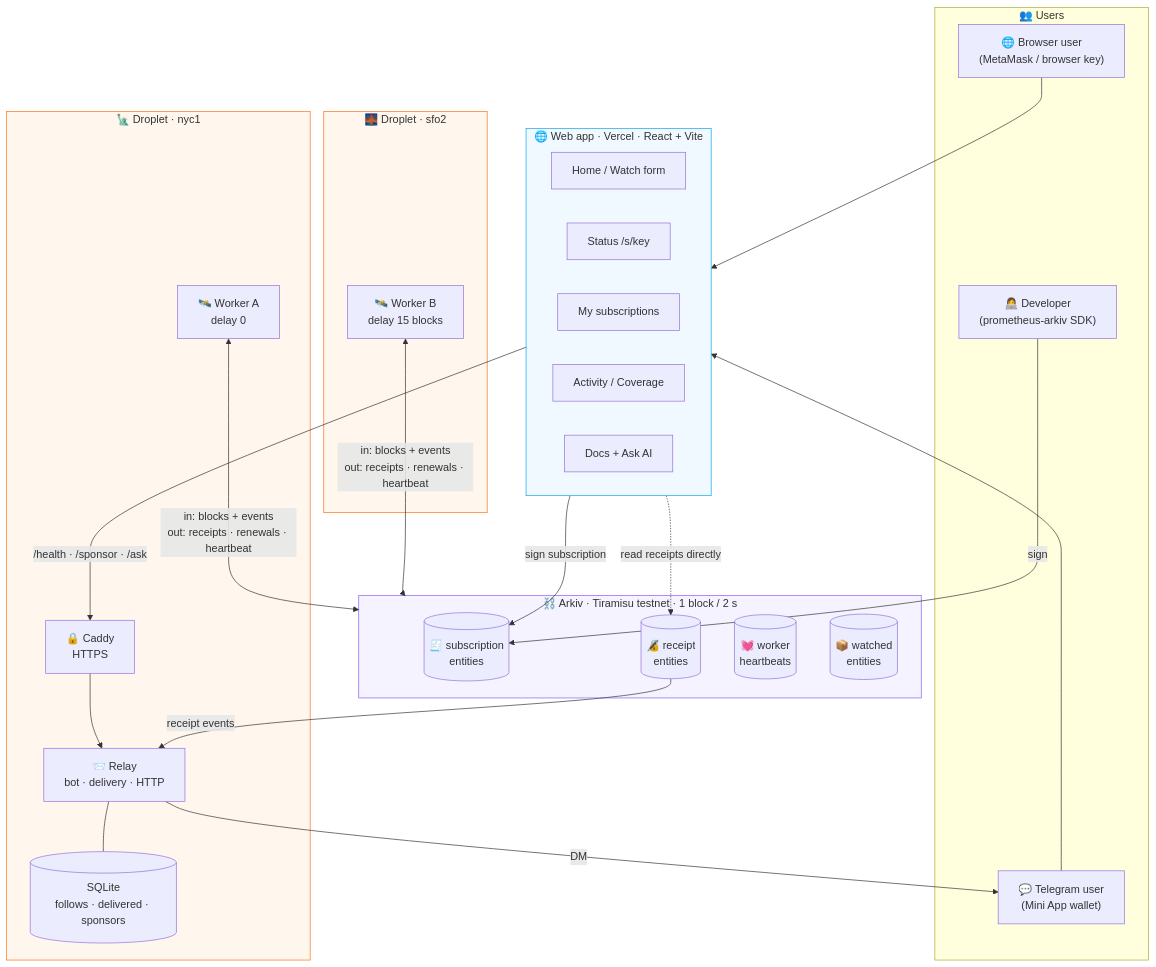
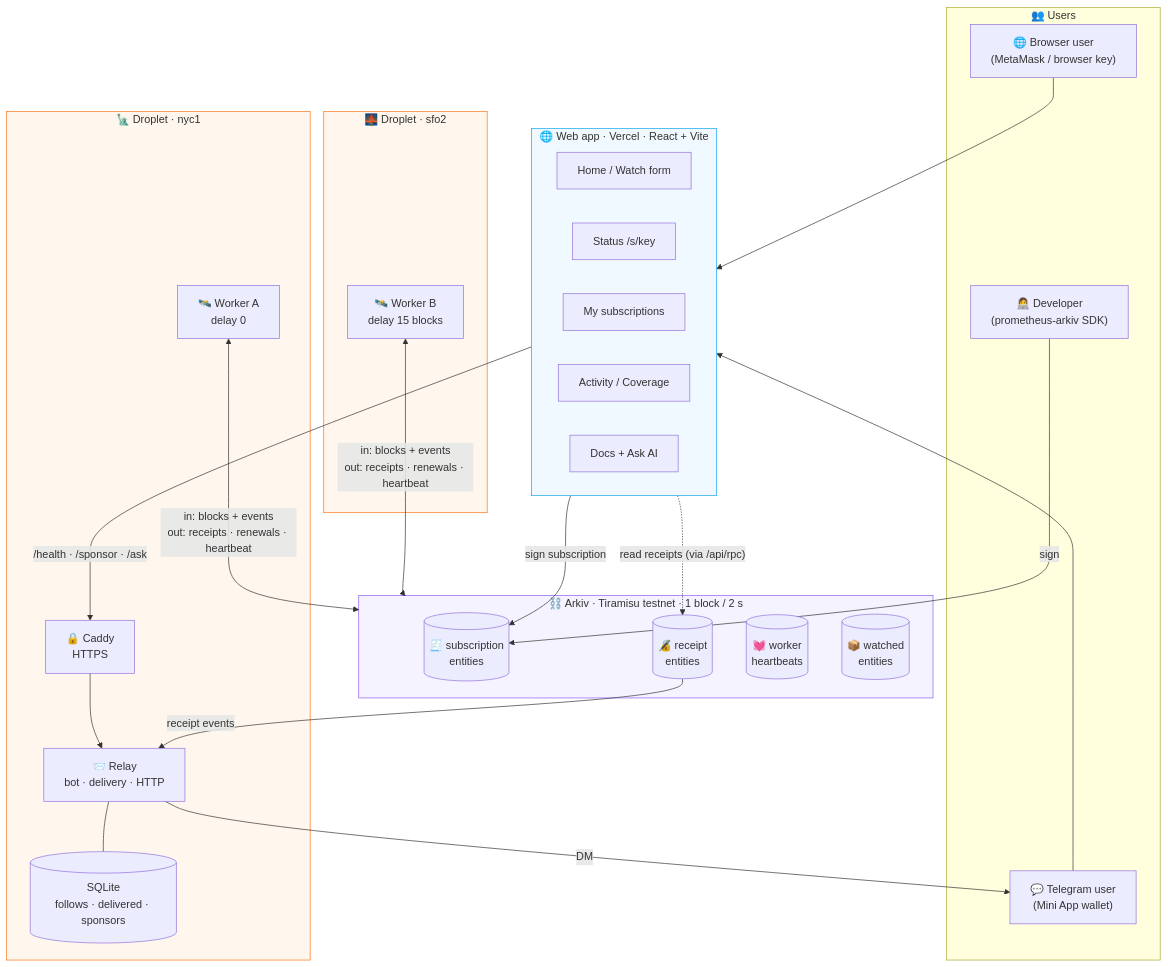
Before and after one commit to VanshChitransh/Prometheus: the fifth of 14 diagrams in README.md, drawn with Mermaid. The commit also changed other lines of this file and 19 other files, not shown here.

````diff
--- a/README.md
+++ b/README.md
@@ -309,54 +312,54 @@
 ```mermaid
 flowchart TB
     subgraph Users["👥 Users"]
         TGU["💬 Telegram user<br/>(Mini App wallet)"]
         DEV["👩‍💻 Developer<br/>(prometheus-arkiv SDK)"]
         BRW["🌐 Browser user<br/>(MetaMask / browser key)"]
     end
 
     subgraph Web["🌐 Web app · Vercel · React + Vite"]
         HOME["Home / Watch form"]
         STATUS["Status /s/key"]
         MINE["My subscriptions"]
         COV["Activity / Coverage"]
         DOCS["Docs + Ask AI"]
     end
 
     subgraph Chain["⛓️ Arkiv · Tiramisu testnet · 1 block / 2 s"]
         SUBS[("🧾 subscription<br/>entities")]
         RCPT[("🔏 receipt<br/>entities")]
         HB[("💓 worker<br/>heartbeats")]
         TGT[("📦 watched<br/>entities")]
     end
 
     subgraph HostA["🗽 Droplet · nyc1"]
         WA["🛰️ Worker A<br/>delay 0"]
         RELAY["📨 Relay<br/>bot · delivery · HTTP"]
         CADDY["🔒 Caddy<br/>HTTPS"]
         SQL[("SQLite<br/>follows · delivered · sponsors")]
     end
 
     subgraph HostB["🌉 Droplet · sfo2"]
         WB["🛰️ Worker B<br/>delay 15 blocks"]
     end
 
     TGU --> Web
     BRW --> Web
     DEV -->|"sign"| SUBS
     Web -->|"sign subscription"| SUBS
-    Web -.->|"read receipts directly"| RCPT
+    Web -.->|"read receipts (via /api/rpc)"| RCPT
 
     WA <-->|"in: blocks + events<br/>out: receipts · renewals · heartbeat"| Chain
     WB <-->|"in: blocks + events<br/>out: receipts · renewals · heartbeat"| Chain
 
     RCPT -->|"receipt events"| RELAY
     RELAY --- SQL
     CADDY --> RELAY
     Web -->|"/health · /sponsor · /ask"| CADDY
     RELAY -->|"DM"| TGU
 
     style Chain fill:#f5f3ff,stroke:#8b5cf6
     style HostA fill:#fff7ed,stroke:#f97316
     style HostB fill:#fff7ed,stroke:#f97316
     style Web fill:#f0f9ff,stroke:#0ea5e9
 ```
````
